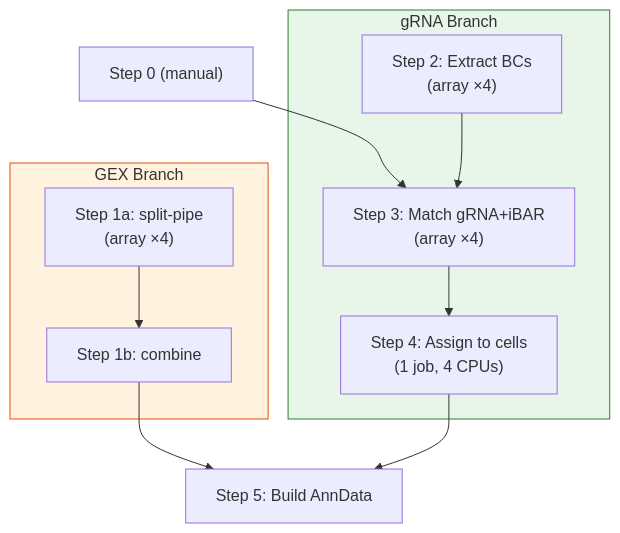
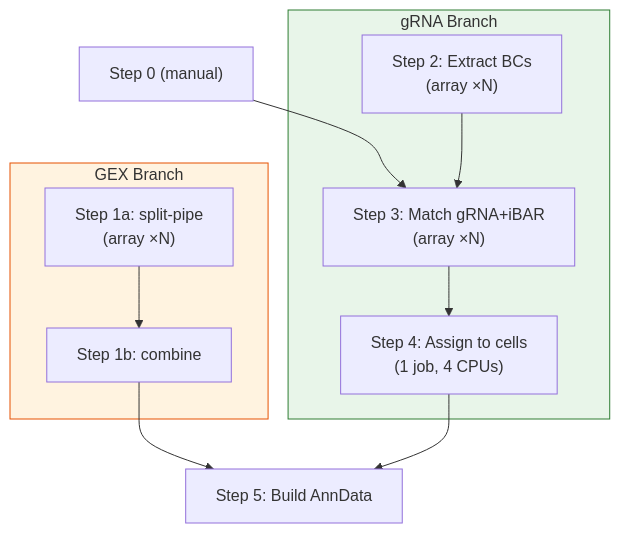
One commit to jhjiang2020/CSM_ccperturbseq changed the second of 10 diagrams in pipeline_overview.md. Above: the diagram before and after it, drawn with Mermaid. The commit also changed other lines of this file and 19 other files, not shown here.

````diff
--- a/pipeline_overview.md
+++ b/pipeline_overview.md
@@ -208,23 +235,23 @@
 ```mermaid
 flowchart TD
     S0["Step 0 (manual)"] --> S3_arr
 
     subgraph GEX["GEX Branch"]
-        S1a["Step 1a: split-pipe<br>(array ×4)"]
+        S1a["Step 1a: split-pipe<br>(array ×N)"]
         S1b["Step 1b: combine"]
         S1a --> S1b
     end
 
     subgraph gRNA["gRNA Branch"]
-        S2_arr["Step 2: Extract BCs<br>(array ×4)"]
-        S3_arr["Step 3: Match gRNA+iBAR<br>(array ×4)"]
+        S2_arr["Step 2: Extract BCs<br>(array ×N)"]
+        S3_arr["Step 3: Match gRNA+iBAR<br>(array ×N)"]
         S4["Step 4: Assign to cells<br>(1 job, 4 CPUs)"]
         S2_arr --> S3_arr --> S4
     end
 
     S1b --> S5
     S4 --> S5["Step 5: Build AnnData"]
 
     style GEX fill:#fff3e0,stroke:#e65100
     style gRNA fill:#e8f5e9,stroke:#2e7d32
 ```
````
